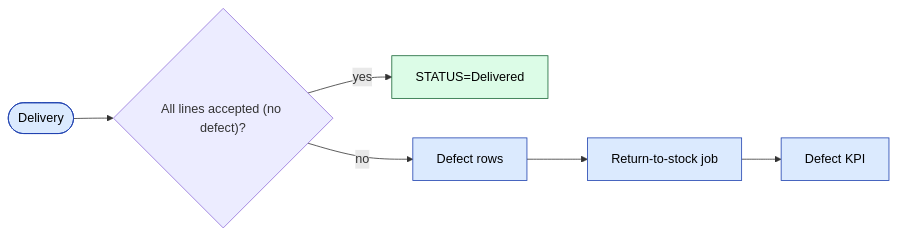
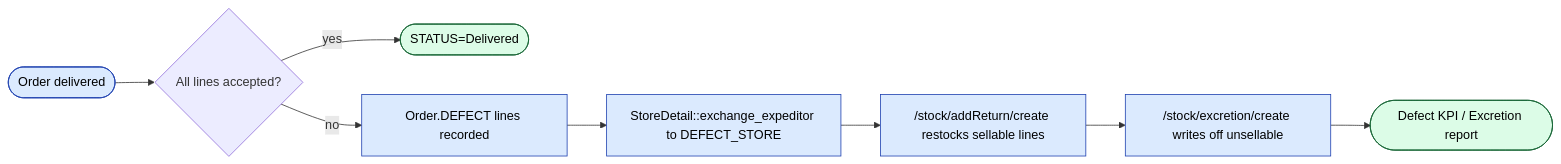
One commit to jamshidtulaganov/sd-doc changed the third of 4 diagrams in docs/modules/stock.md. Above: the diagram before and after it, drawn with Mermaid. The commit also changed other lines of this file and 605 other files, not shown here.

````diff
--- a/docs/modules/stock.md
+++ b/docs/modules/stock.md
@@ -58,16 +274,20 @@
 ```mermaid
 flowchart LR
-  D(["Delivery"]) --> CHK{"All lines accepted (no defect)?"}
-  CHK -->|yes| OK["STATUS=Delivered"]
-  CHK -->|no| DEF["Defect rows"]
-  DEF --> RTS["Return-to-stock job"]
-  RTS --> RPT["Defect KPI"]
-classDef action   fill:#dbeafe,stroke:#1e40af,color:#000
-classDef approval fill:#fef3c7,stroke:#92400e,color:#000
-classDef success  fill:#dcfce7,stroke:#166534,color:#000
-classDef reject   fill:#fee2e2,stroke:#991b1b,color:#000
-classDef external fill:#f3f4f6,stroke:#374151,color:#000
-classDef cron     fill:#ede9fe,stroke:#6d28d9,color:#000
-class D,DEF,RTS,RPT action
-class OK success
+  D(["Order delivered"]) --> CHK{"All lines accepted?"}
+  CHK -->|yes| OK(["STATUS=Delivered"])
+  CHK -->|no| DEF["Order.DEFECT lines recorded"]
+  DEF --> RTS["StoreDetail::exchange_expeditor to DEFECT_STORE"]
+  RTS --> AR["/stock/addReturn/create restocks sellable lines"]
+  AR --> EXC["/stock/excretion/create writes off unsellable"]
+  EXC --> RPT(["Defect KPI / Excretion report"])
+
+  classDef action   fill:#dbeafe,stroke:#1e40af,color:#000
+  classDef approval fill:#fef3c7,stroke:#92400e,color:#000
+  classDef success  fill:#dcfce7,stroke:#166534,color:#000
+  classDef reject   fill:#fee2e2,stroke:#991b1b,color:#000
+  classDef external fill:#f3f4f6,stroke:#374151,color:#000
+  classDef cron     fill:#ede9fe,stroke:#6d28d9,color:#000
+
+  class D,DEF,RTS,AR,EXC action
+  class OK,RPT success
 ```
````
